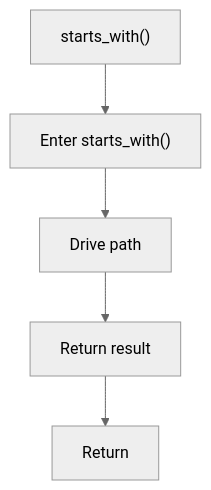
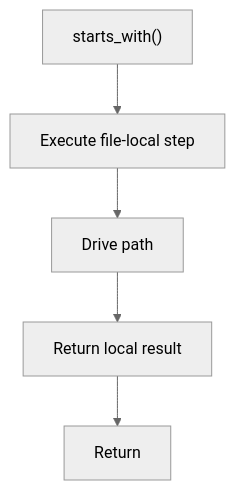
Before and after one commit to JohnAndrewBalbarosa/NeoTerritory: the diagram in docs/Codebase/Microservice/Modules/Source/Analysis/ImplementationUse/Resolution/Symbols/Resolve/Flow/functions/starts_with.cpp.md, drawn with Mermaid (neutral theme). The commit also changed other lines of this file and 915 other files, not shown here.

````diff
--- a/docs/Codebase/Microservice/Modules/Source/Analysis/ImplementationUse/Resolution/Symbols/Resolve/Flow/functions/starts_with.cpp.md
+++ b/docs/Codebase/Microservice/Modules/Source/Analysis/ImplementationUse/Resolution/Symbols/Resolve/Flow/functions/starts_with.cpp.md
@@ -17,12 +17,12 @@
 ```mermaid
 flowchart TD
     Start["starts_with()"]
-    N0["Enter starts_with()"]
+    N0["Execute file-local step"]
     N1["Drive path"]
-    N2["Return result"]
+    N2["Return local result"]
     End["Return"]
     Start --> N0
     N0 --> N1
     N1 --> N2
     N2 --> End
 ```
````
